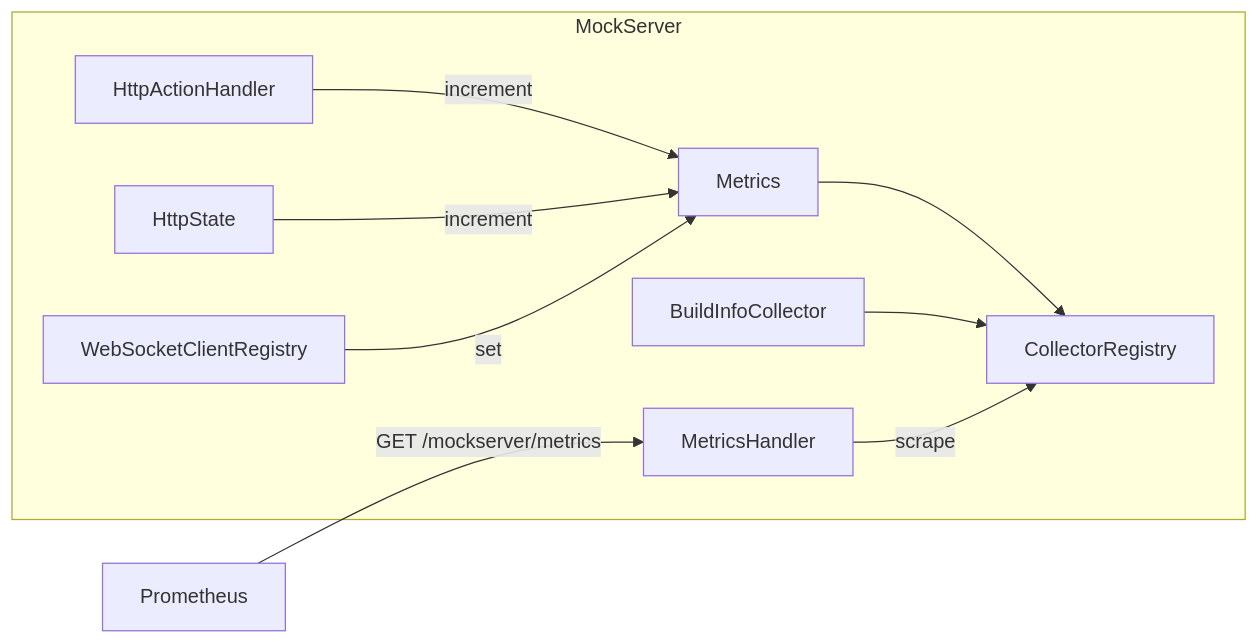
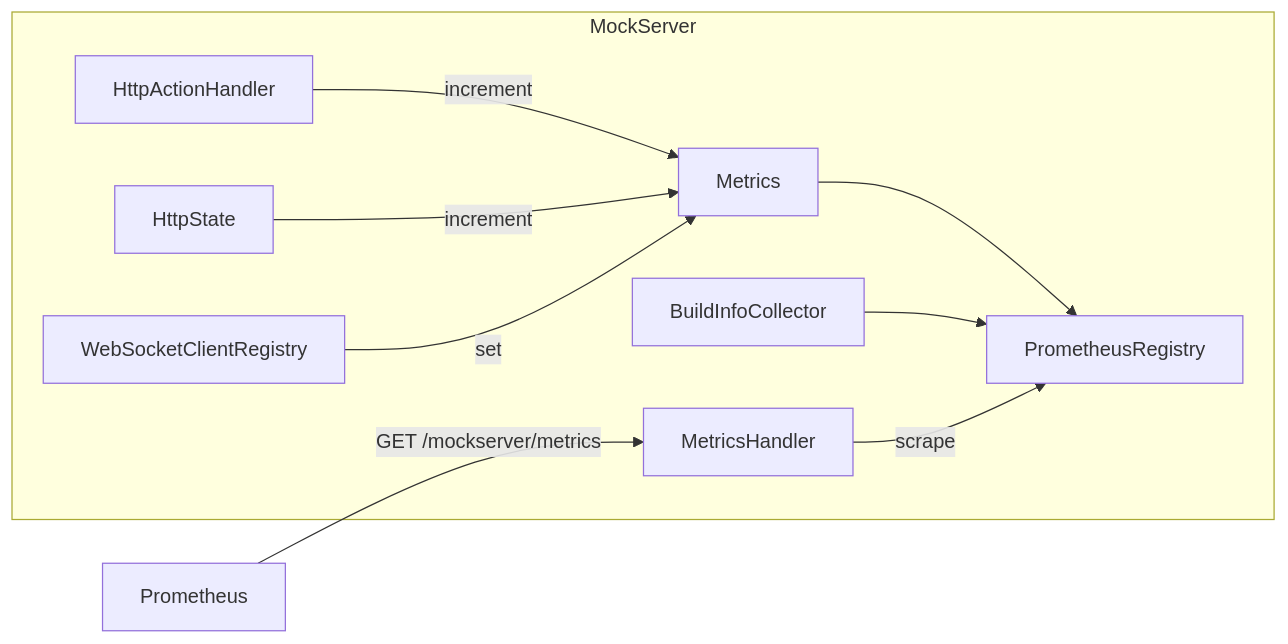
Before and after one commit to mock-server/mockserver: the diagram in docs/code/metrics.md, drawn with Mermaid. The commit also changed other lines of this file and 31 other files, not shown here.

````diff
--- a/docs/code/metrics.md
+++ b/docs/code/metrics.md
@@ -9,12 +9,12 @@
 ```mermaid
 graph LR
     subgraph "MockServer"
         HA[HttpActionHandler] -->|increment| M[Metrics]
         HS[HttpState] -->|increment| M
         WS[WebSocketClientRegistry] -->|set| M
-        M --> CR[CollectorRegistry]
+        M --> CR[PrometheusRegistry]
         BIC[BuildInfoCollector] --> CR
         MH[MetricsHandler] -->|scrape| CR
     end
     P[Prometheus] -->|GET /mockserver/metrics| MH
 ```
````
